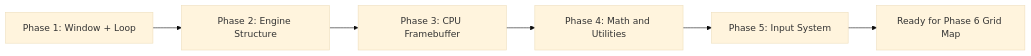
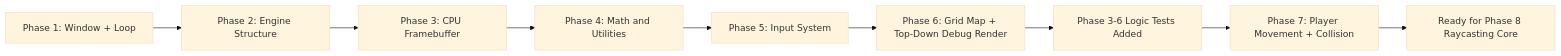
Before and after one commit to Mizan-muf/Neo-Wolf-v1: the first of 6 diagrams in docs/Learning.md, drawn with Mermaid (base theme). The commit also changed other lines of this file and 13 other files, not shown here.

Commit message:
Implement Phase 7 player controller and finalize docs/tests

````diff
--- a/docs/Learning.md
+++ b/docs/Learning.md
@@ -27,8 +31,11 @@
 ```mermaid
 flowchart LR
     A[Phase 1: Window + Loop] --> B[Phase 2: Engine Structure]
     B --> C[Phase 3: CPU Framebuffer]
     C --> D[Phase 4: Math and Utilities]
     D --> E[Phase 5: Input System]
-    E --> F[Ready for Phase 6 Grid Map]
+    E --> F[Phase 6: Grid Map + Top-Down Debug Render]
+    F --> G[Phase 3-6 Logic Tests Added]
+    G --> H[Phase 7: Player Movement + Collision]
+    H --> I[Ready for Phase 8 Raycasting Core]
 ```
````
